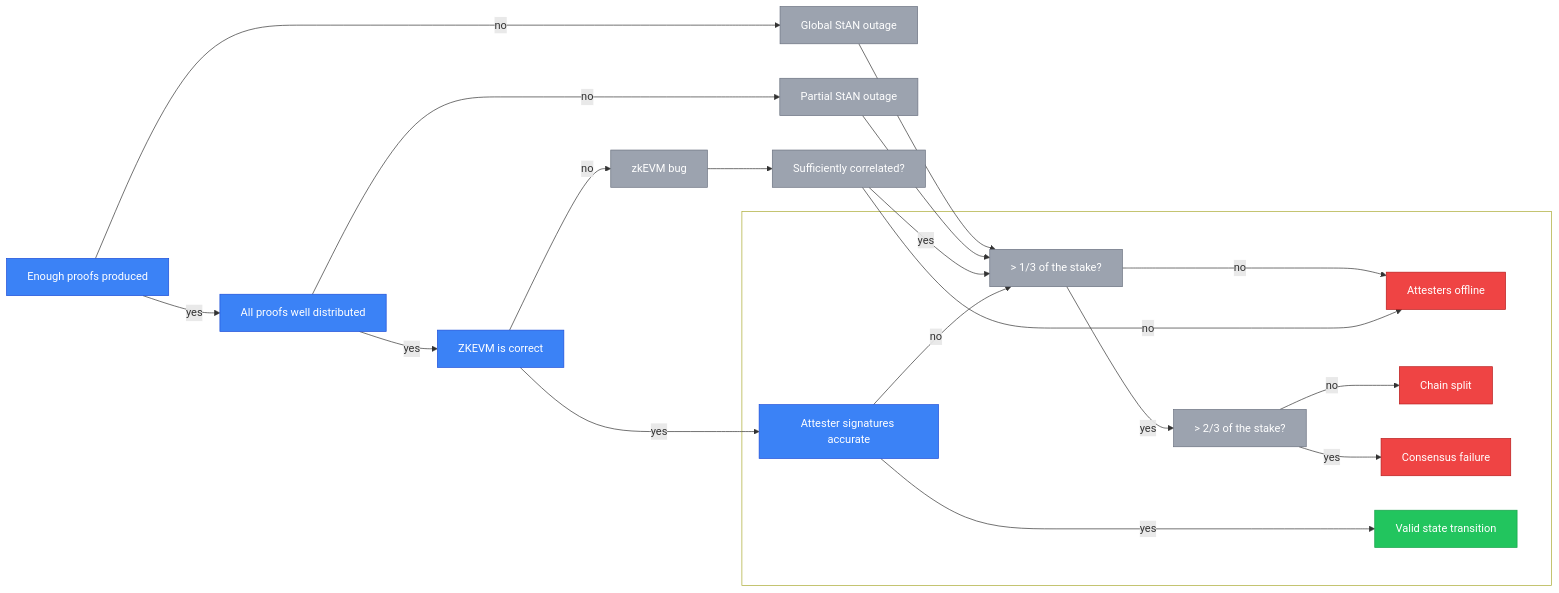
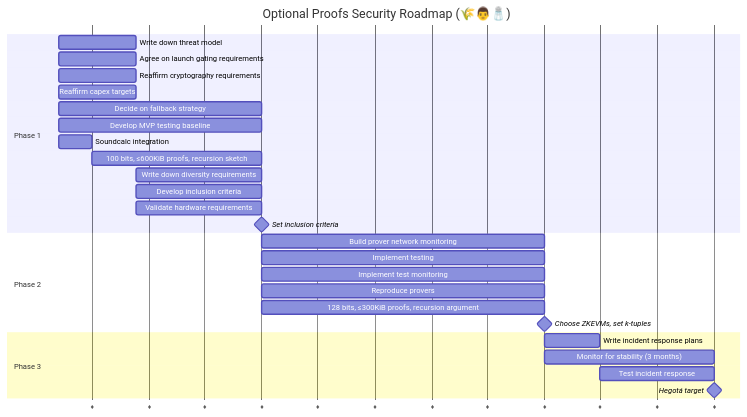
Before and after one commit to codygunton/talks-and-writing: the diagram in 2026-02-optional-threat/optional.mmd, drawn with Mermaid. The commit also changed other lines of this file and 1 other file, not shown here.

Commit message:
update optional diagrams

```diff
--- a/2026-02-optional-threat/optional.mmd
+++ b/2026-02-optional-threat/optional.mmd
@@ -1,52 +1,88 @@
-flowchart LR
-    classDef protocol fill:#3b82f6,stroke:#1d4ed8,color:#fff
-    classDef question fill:#9ca3af,stroke:#6b7280,color:#fff
-    classDef bad fill:#ef4444,stroke:#b91c1c,color:#fff
-    classDef good fill:#22c55e,stroke:#16a34a,color:#fff
+gantt
+    title Optional Proofs Security Roadmap (🌾👨🧂)
+    dateFormat YYYY-MM-DD
+    axisFormat ♦ 
 
-    zkevm_correct["ZKEVM is correct"]:::protocol
-    proofs_well_distributed["All proofs well distributed"]:::protocol
-    proofs_produced["Enough proofs produced"]:::protocol
+    section Phase 1
+    Write down threat model               :p1a, 2026-02-11, 6w
+    Agree on launch gating requirements   :p1b, 2026-02-11, 6w
+    Reaffirm cryptography requirements    :p1e, 2026-02-11, 6w
+    Reaffirm capex targets                :p1f, 2026-02-11, 6w
+    Decide on fallback strategy           :p1c, 2026-02-11, 2026-06-01
+    Develop MVP testing baseline          :p1g, 2026-02-11, 2026-06-01
+    Soundcalc integration                 :p2i, 2026-02-11, 2026-03-01
+    100 bits, ≤600KiB proofs, recursion sketch  :p2j, after p2i, 2026-06-01
+    Write down diversity requirements     :p1d, after p1b, 2026-06-01
+    Develop inclusion criteria            :p1h, after p1b, 2026-06-01
+    Validate hardware requirements        :p2g, after p1f, 2026-06-01
+    Set inclusion criteria                :milestone, 2026-06-01, 0d
 
-    subgraph classical[" "]
-        signature_valid["Attester signatures accurate"]:::protocol
-        stan_big["> 1/3 of the stake?"]:::question
-        stan_huge["> 2/3 of the stake?"]:::question
-      subgraph outcomes[" "]
-        attesters_offline["Attesters offline"]:::bad
-        not_finalizing["Chain split"]:::bad
-        consensus_failure["Consensus failure"]:::bad
-        valid_transition["Valid state transition"]:::good
-      end
-    end
+    section Phase 2
+    Build prover network monitoring       :p2f, 2026-06-01, 2026-11-01
+    Implement testing                     :p2b, 2026-06-01, 2026-11-01
+    Implement test monitoring             :p2c, 2026-06-01, 2026-11-01
+    Reproduce provers                     :p2a, 2026-06-01, 2026-11-01
+    128 bits, ≤300KiB proofs, recursion argument :p2j, 2026-06-01, 2026-11-01
+    Choose ZKEVMs, set k-tuples           :milestone, 2026-11-01, 0d
 
-    stan_global_outage["Global StAN outage"]:::question
-    stan_partial_outage["Partial StAN outage"]:::question
-    sufficiently_correlated["Sufficiently correlated?"]:::question
-    zkevm_bug["zkEVM bug"]:::question
+    section Phase 3
+    Write incident response plans         :p2e, 2026-11-01, 2026-12-01
+    Monitor for stability (3 months)      :p3a, 2026-11-01, 2027-02-01
+    Test incident response                :p3b, 2026-12-01, 2027-02-01
+    Hegotá target                         :milestone, 2027-02-01, 0d
 
 
-    proofs_produced -- "no" --> stan_global_outage
-    stan_global_outage --> stan_big
-    stan_big --"no"--> attesters_offline
-    stan_big --"yes"--> stan_huge
-    stan_huge --"no"--> not_finalizing
-    stan_huge --"yes"--> consensus_failure
-    proofs_produced -- "yes" --> proofs_well_distributed
 
-    proofs_well_distributed -- "yes" --> zkevm_correct
-    proofs_well_distributed -- "no" --> stan_partial_outage
-    stan_partial_outage --> stan_big
-
-    zkevm_bug --> sufficiently_correlated
-    sufficiently_correlated -- "yes" --> stan_big
-    sufficiently_correlated -- "no" --> attesters_offline
-
-    zkevm_correct -- "no" --> zkevm_bug
-    zkevm_correct -- "yes" --> signature_valid
-
-    signature_valid -- "no" --> stan_big
-    signature_valid -- "yes" --> valid_transition
-
-    style classical fill:none
-    style outcomes fill:none, stroke:none
+%% flowchart LR
+%%     classDef protocol fill:#3b82f6,stroke:#1d4ed8,color:#fff
+%%     classDef question fill:#9ca3af,stroke:#6b7280,color:#fff
+%%     classDef bad fill:#ef4444,stroke:#b91c1c,color:#fff
+%%     classDef good fill:#22c55e,stroke:#16a34a,color:#fff
+%%
+%%     zkevm_correct["ZKEVM is correct"]:::protocol
+%%     proofs_well_distributed["All proofs well distributed"]:::protocol
+%%     proofs_produced["Enough proofs produced"]:::protocol
+%%
+%%     subgraph classical[" "]
+%%         signature_valid["Attester signatures accurate"]:::protocol
+%%         stan_big["> 1/3 of the stake?"]:::question
+%%         stan_huge["> 2/3 of the stake?"]:::question
+%%       subgraph outcomes[" "]
+%%         attesters_offline["Attesters offline"]:::bad
+%%         not_finalizing["Chain split"]:::bad
+%%         consensus_failure["Consensus failure"]:::bad
+%%         valid_transition["Valid state transition"]:::good
+%%       end
+%%     end
+%%
+%%     stan_global_outage["Global StAN outage"]:::question
+%%     stan_partial_outage["Partial StAN outage"]:::question
+%%     sufficiently_correlated["Sufficiently correlated?"]:::question
+%%     zkevm_bug["zkEVM bug"]:::question
+%%
+%%
+%%     proofs_produced -- "no" --> stan_global_outage
+%%     stan_global_outage --> stan_big
+%%     stan_big --"no"--> attesters_offline
+%%     stan_big --"yes"--> stan_huge
+%%     stan_huge --"no"--> not_finalizing
+%%     stan_huge --"yes"--> consensus_failure
+%%     proofs_produced -- "yes" --> proofs_well_distributed
+%%
+%%     proofs_well_distributed -- "yes" --> zkevm_correct
+%%     proofs_well_distributed -- "no" --> stan_partial_outage
+%%     stan_partial_outage --> stan_big
+%%
+%%     zkevm_bug --> sufficiently_correlated
+%%     sufficiently_correlated -- "yes" --> stan_big
+%%     sufficiently_correlated -- "no" --> attesters_offline
+%%
+%%     zkevm_correct -- "no" --> zkevm_bug
+%%     zkevm_correct -- "yes" --> signature_valid
+%%
+%%     signature_valid -- "no" --> stan_big
+%%     signature_valid -- "yes" --> valid_transition
+%%
+%%     style classical fill:none
+%%     style outcomes fill:none, stroke:none
+%%
```
